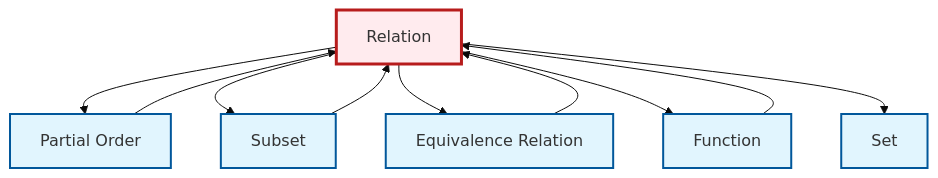
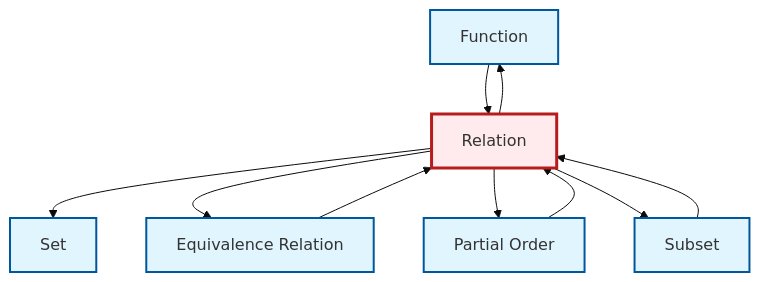
One commit to RK0429/ModernMath changed the diagram in output/mermaid/en/def-relation.mermaid. Above: the diagram before and after it, drawn with Mermaid (base theme). The commit also changed other lines of this file and 3096 other files, not shown here.

```diff
--- a/output/mermaid/en/def-relation.mermaid
+++ b/output/mermaid/en/def-relation.mermaid
@@ -1,22 +1,22 @@
 graph TD
     classDef definition fill:#e1f5fe,stroke:#01579b,stroke-width:2px
     classDef theorem fill:#f3e5f5,stroke:#4a148c,stroke-width:2px
     classDef axiom fill:#fff3e0,stroke:#e65100,stroke-width:2px
     classDef example fill:#e8f5e9,stroke:#1b5e20,stroke-width:2px
     classDef current fill:#ffebee,stroke:#b71c1c,stroke-width:3px
+    def-function["Function"]:::definition
+    def-partial-order["Partial Order"]:::definition
+    def-subset["Subset"]:::definition
+    def-set["Set"]:::definition
     def-relation["Relation"]:::definition
-    def-function["Function"]:::definition
     def-equivalence-relation["Equivalence Relation"]:::definition
-    def-set["Set"]:::definition
-    def-subset["Subset"]:::definition
-    def-partial-order["Partial Order"]:::definition
+    def-subset --> def-relation
+    def-relation --> def-set
+    def-relation --> def-equivalence-relation
+    def-equivalence-relation --> def-relation
+    def-partial-order --> def-relation
     def-relation --> def-partial-order
     def-relation --> def-subset
-    def-relation --> def-equivalence-relation
     def-relation --> def-function
-    def-partial-order --> def-relation
     def-function --> def-relation
-    def-relation --> def-set
-    def-equivalence-relation --> def-relation
-    def-subset --> def-relation
     class def-relation current
```
